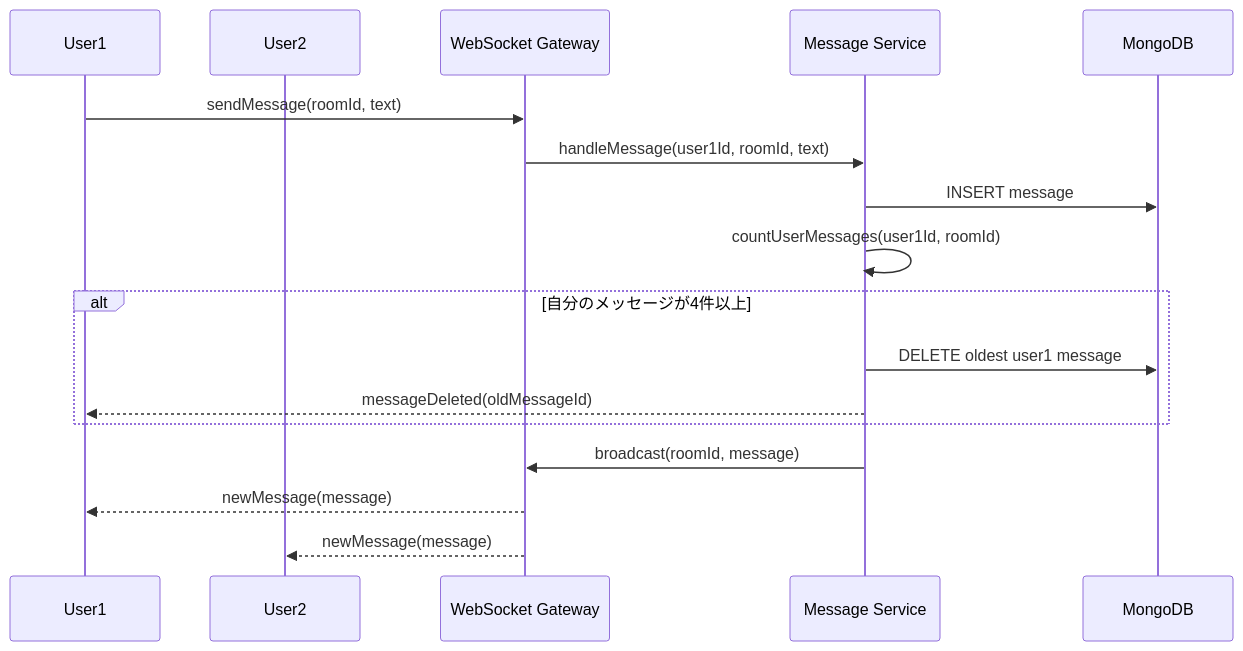
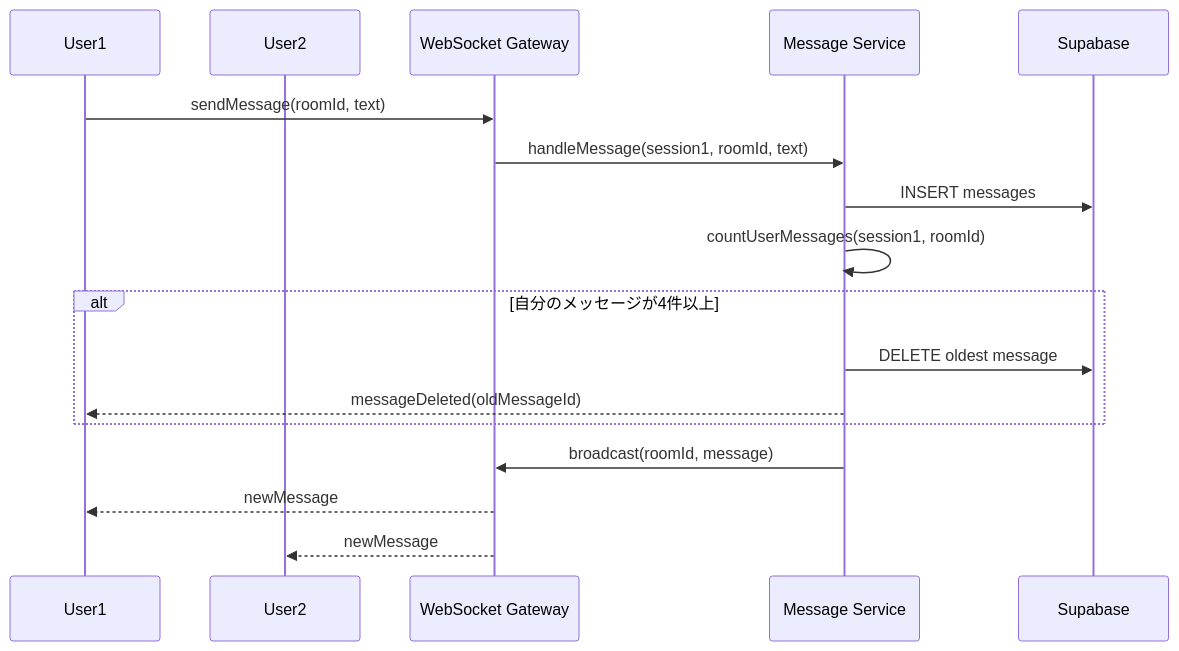
One commit to hiraaaken/cha-chat changed the third of 7 diagrams in .kiro/specs/cha-chat/design.md. Above: the diagram before and after it, drawn with Mermaid. The commit also changed other lines of this file and 4 other files, not shown here.

````diff
--- a/.kiro/specs/cha-chat/design.md
+++ b/.kiro/specs/cha-chat/design.md
@@ -162,23 +150,23 @@
 ```mermaid
 sequenceDiagram
     participant User1
     participant User2
     participant Gateway as WebSocket Gateway
     participant MsgSvc as Message Service
-    participant DB as MongoDB
+    participant DB as Supabase
 
     User1->>Gateway: sendMessage(roomId, text)
-    Gateway->>MsgSvc: handleMessage(user1Id, roomId, text)
+    Gateway->>MsgSvc: handleMessage(session1, roomId, text)
 
-    MsgSvc->>DB: INSERT message
-    MsgSvc->>MsgSvc: countUserMessages(user1Id, roomId)
+    MsgSvc->>DB: INSERT messages
+    MsgSvc->>MsgSvc: countUserMessages(session1, roomId)
 
     alt 自分のメッセージが4件以上
-        MsgSvc->>DB: DELETE oldest user1 message
+        MsgSvc->>DB: DELETE oldest message
         MsgSvc-->>User1: messageDeleted(oldMessageId)
     end
 
     MsgSvc->>Gateway: broadcast(roomId, message)
-    Gateway-->>User1: newMessage(message)
-    Gateway-->>User2: newMessage(message)
+    Gateway-->>User1: newMessage
+    Gateway-->>User2: newMessage
 ```
````
